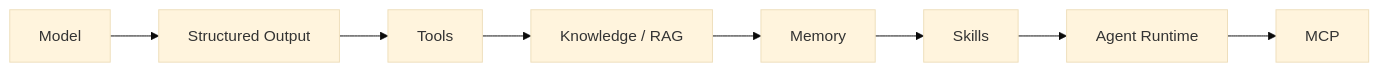
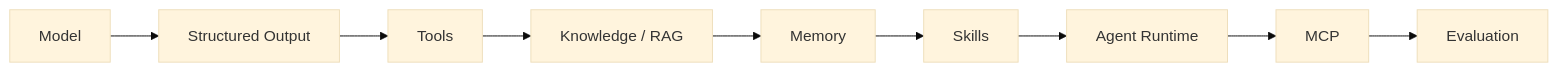
Before and after one commit to cagridursun/agentic-developer-handbook: the diagram in README.md, drawn with Mermaid (base theme). The commit also changed other lines of this file and 60 other files, not shown here.

````diff
--- a/README.md
+++ b/README.md
@@ -21,4 +21,4 @@
 ```mermaid
 flowchart LR
-    model["Model"] --> structured["Structured Output"] --> tools["Tools"] --> knowledge["Knowledge / RAG"] --> memory["Memory"] --> skills["Skills"] --> runtime["Agent Runtime"] --> mcp["MCP"]
+    model["Model"] --> structured["Structured Output"] --> tools["Tools"] --> knowledge["Knowledge / RAG"] --> memory["Memory"] --> skills["Skills"] --> runtime["Agent Runtime"] --> mcp["MCP"] --> evaluation["Evaluation"]
 ```
````
